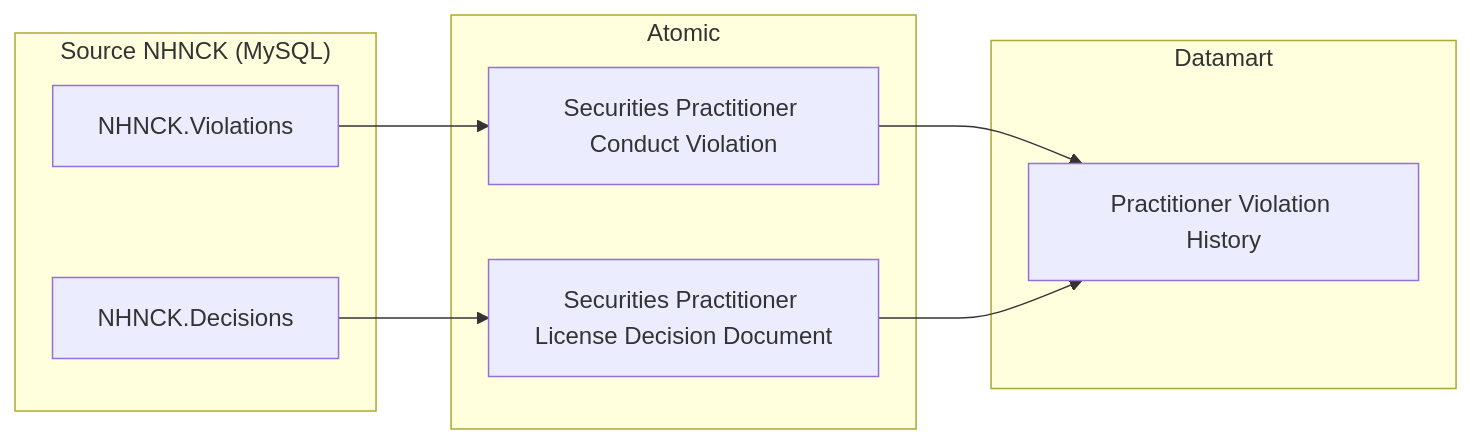
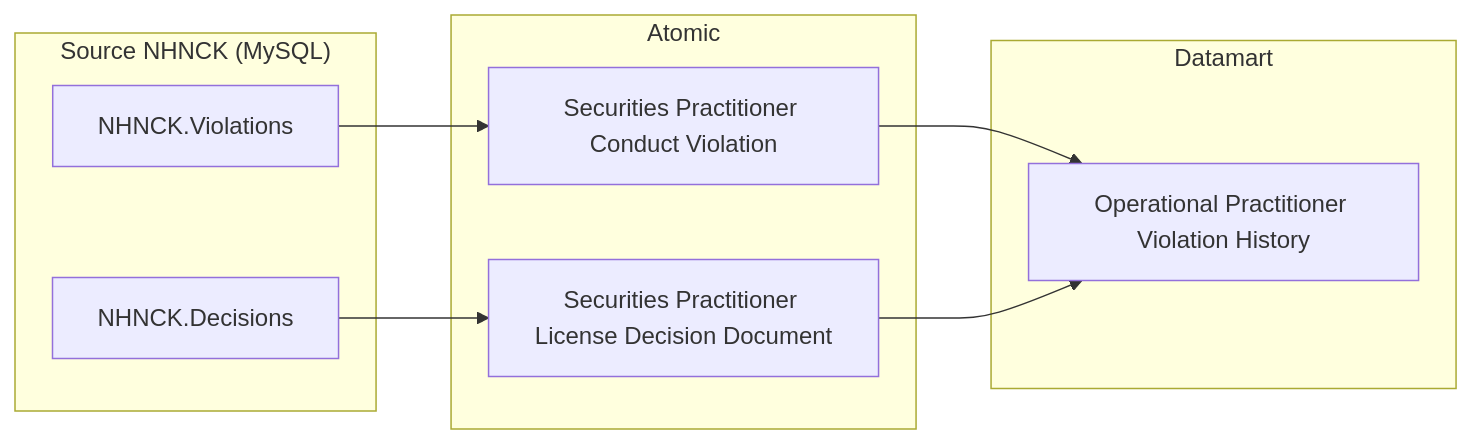
One commit to linhlvit/ubck_atomic_design changed the eighth of 40 diagrams in Datamart/hld/DTM_NHNCK_HLD.md. Above: the diagram before and after it, drawn with Mermaid. The commit also changed other lines of this file and 52 other files, not shown here.

````diff
--- a/Datamart/hld/DTM_NHNCK_HLD.md
+++ b/Datamart/hld/DTM_NHNCK_HLD.md
@@ -248,22 +248,22 @@
 ```mermaid
 flowchart LR
     subgraph SRC["Source NHNCK (MySQL)"]
         S1["NHNCK.Violations"]
         S2["NHNCK.Decisions"]
     end
 
     subgraph SIL["Atomic"]
         SV1["Securities Practitioner Conduct Violation"]
         SV2["Securities Practitioner License Decision Document"]
     end
 
     subgraph Datamart["Datamart"]
-        G1["Practitioner Violation History"]
+        G1["Operational Practitioner Violation History"]
     end
 
     S1 --> SV1
     S2 --> SV2
 
     SV1 --> G1
     SV2 --> G1
 ```
````
